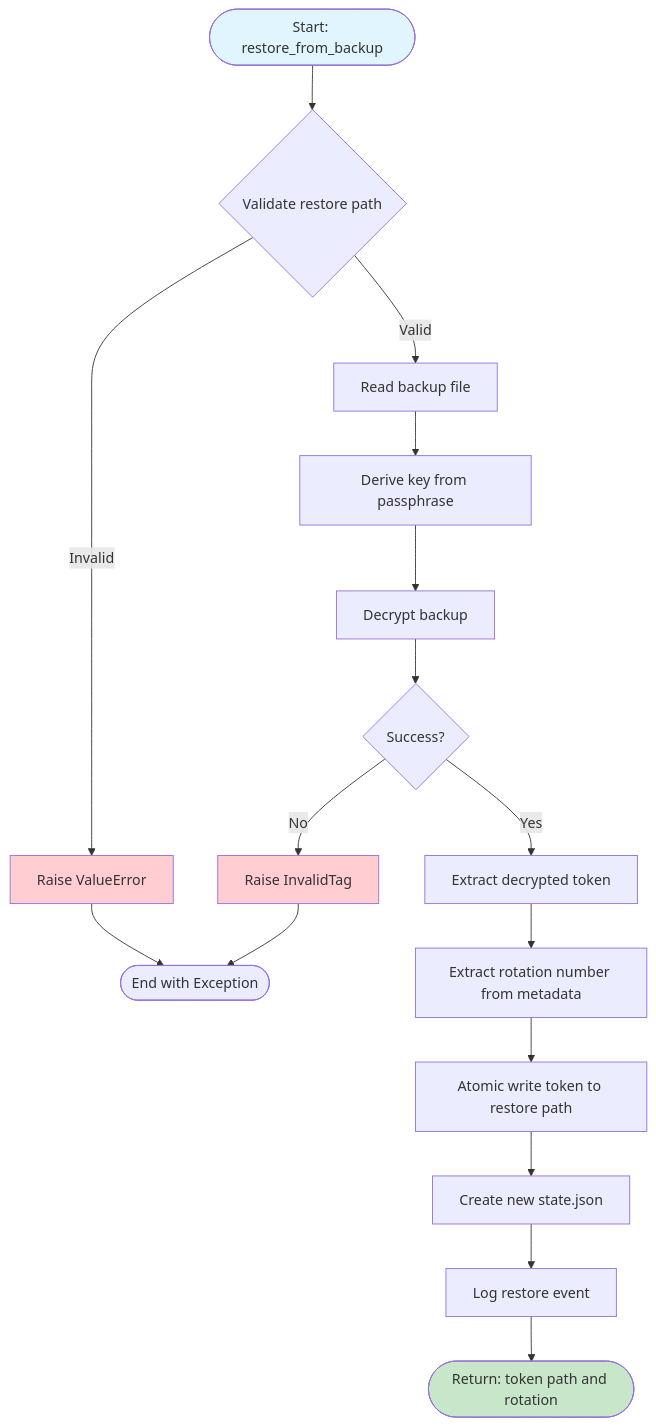
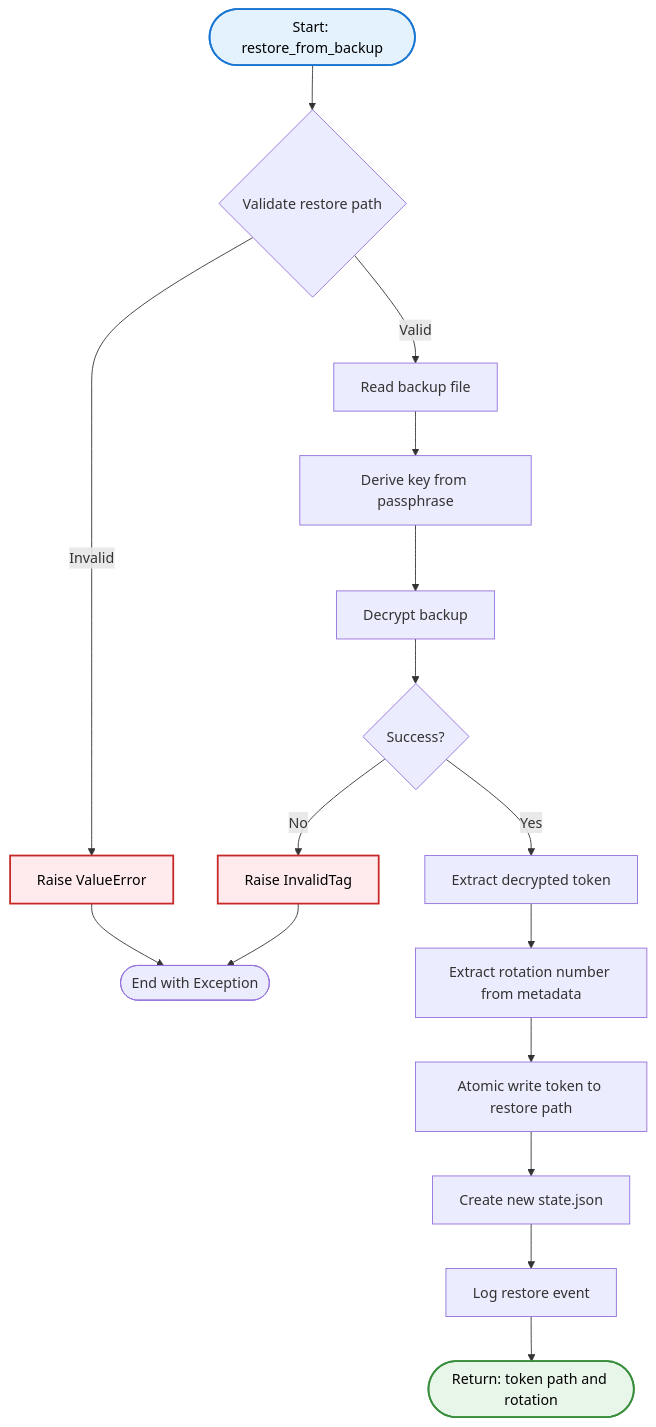
The seventh of 13 diagrams in README.md (Johnsonajibi/PostQuantum-DualUSB-Token-Library), drawn with Mermaid before and after one commit. The commit also changed other lines of this file, not shown here.

First line of the commit message:
docs: Improve color contrast in all Mermaid diagrams

````diff
--- a/README.md
+++ b/README.md
@@ -453,27 +453,27 @@
 ```mermaid
 flowchart TD
     Start([Start: restore_from_backup]) --> ValidatePath{Validate restore path}
     ValidatePath -->|Invalid| Error1[Raise ValueError]
     ValidatePath -->|Valid| ReadBackup[Read backup file]
     
     ReadBackup --> DeriveKey[Derive key from passphrase]
     DeriveKey --> Decrypt[Decrypt backup]
     Decrypt --> DecryptSuccess{Success?}
     
     DecryptSuccess -->|No| Error2[Raise InvalidTag]
     DecryptSuccess -->|Yes| ExtractToken[Extract decrypted token]
     
     ExtractToken --> ExtractMeta[Extract rotation number from metadata]
     ExtractMeta --> WriteToken[Atomic write token to restore path]
     WriteToken --> CreateState[Create new state.json]
     CreateState --> AuditLog[Log restore event]
     AuditLog --> Success([Return: token path and rotation])
     
     Error1 --> End([End with Exception])
     Error2 --> End
     
-    style Start fill:#e1f5ff
-    style Success fill:#c8e6c9
-    style Error1 fill:#ffcdd2
-    style Error2 fill:#ffcdd2
+    style Start fill:#e3f2fd,stroke:#1976d2,stroke-width:2px,color:#000
+    style Success fill:#e8f5e9,stroke:#388e3c,stroke-width:2px,color:#000
+    style Error1 fill:#ffebee,stroke:#c62828,stroke-width:2px,color:#000
+    style Error2 fill:#ffebee,stroke:#c62828,stroke-width:2px,color:#000
 ```
````
